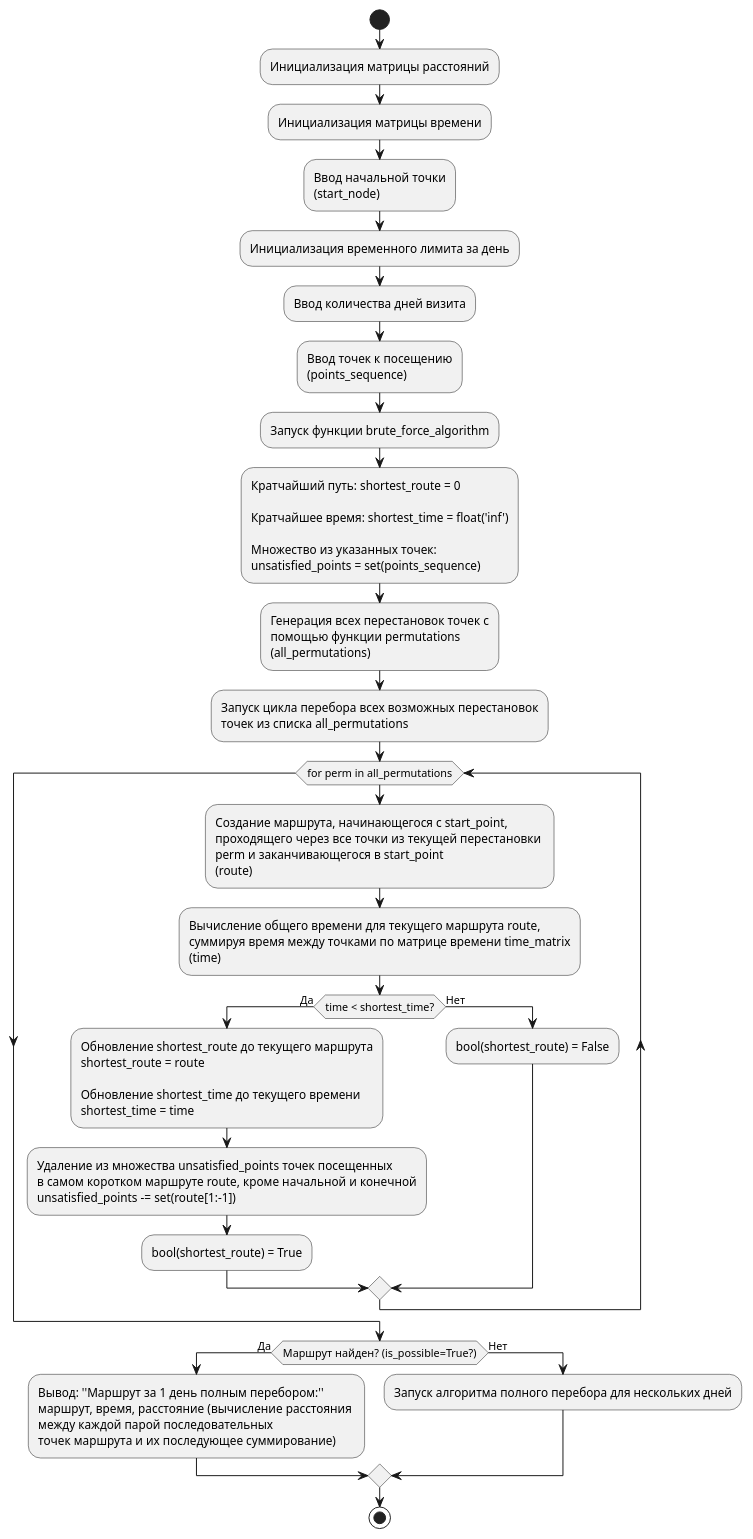
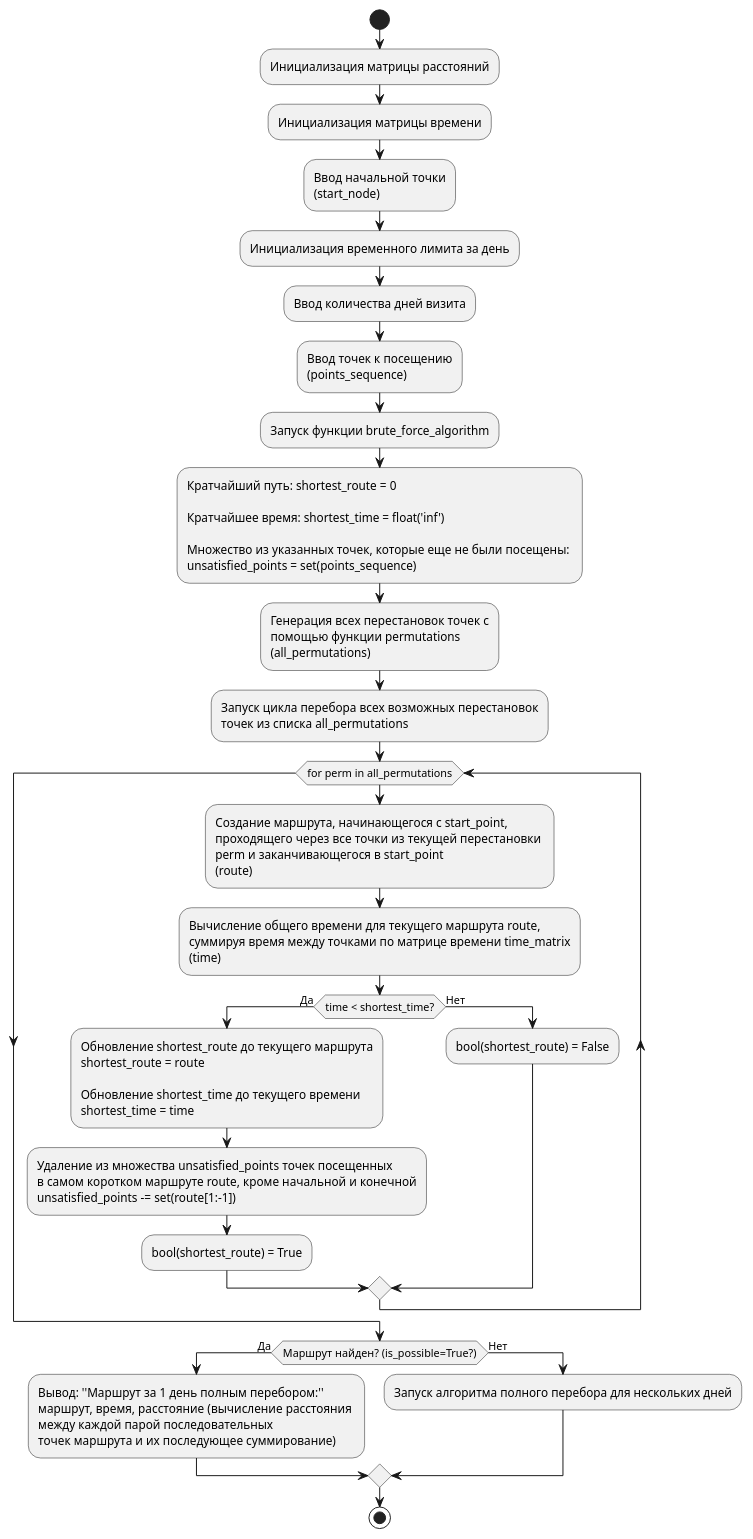
The diagram in diagrams/full_1.plantuml (Denis-Sukharev/hotel-search-system), drawn with PlantUML before and after one commit.

Commit message:
Блок-схема алгоритма полного перебора за один день

```diff
--- a/diagrams/full_1.plantuml
+++ b/diagrams/full_1.plantuml
@@ -1,66 +1,66 @@
 @startuml Алгоритм полного перебора за один день
 
 start
 
 :Инициализация матрицы расстояний;
 :Инициализация матрицы времени;
 :Ввод начальной точки
 (start_node);
 :Инициализация временного лимита за день;
 :Ввод количества дней визита;
 :Ввод точек к посещению
 (points_sequence);
 :Запуск функции brute_force_algorithm;
 
 :Кратчайший путь: shortest_route = 0
 
 Кратчайшее время: shortest_time = float('inf')
 
-Множество из указанных точек: 
+Множество из указанных точек, которые еще не были посещены: 
 unsatisfied_points = set(points_sequence);
 
 :Генерация всех перестановок точек с 
 помощью функции permutations
 (all_permutations);
 
 :Запуск цикла перебора всех возможных перестановок 
 точек из списка all_permutations;
 
 while (for perm in all_permutations)
     :Создание маршрута, начинающегося с start_point, 
     проходящего через все точки из текущей перестановки 
     perm и заканчивающегося в start_point
     (route);
     :Вычисление общего времени для текущего маршрута route, 
     суммируя время между точками по матрице времени time_matrix
     (time);
 
     if (time < shortest_time?) then (Да)
         :Обновление shortest_route до текущего маршрута
         shortest_route = route
 
         Обновление shortest_time до текущего времени
         shortest_time = time;
 
         :Удаление из множества unsatisfied_points точек посещенных 
         в самом коротком маршруте route, кроме начальной и конечной
         unsatisfied_points -= set(route[1:-1]);
 
         :bool(shortest_route) = True;
     else (Нет)
         :bool(shortest_route) = False;
     endif
 endwhile
 
 if (Маршрут найден? (is_possible=True?)) then (Да)
     :Вывод: ''Маршрут за 1 день полным перебором:''
     маршрут, время, расстояние (вычисление расстояния 
     между каждой парой последовательных 
     точек маршрута и их последующее суммирование);
 else (Нет)
     :Запуск алгоритма полного перебора для нескольких дней;
 endif
 
 stop
 
 @enduml
```
